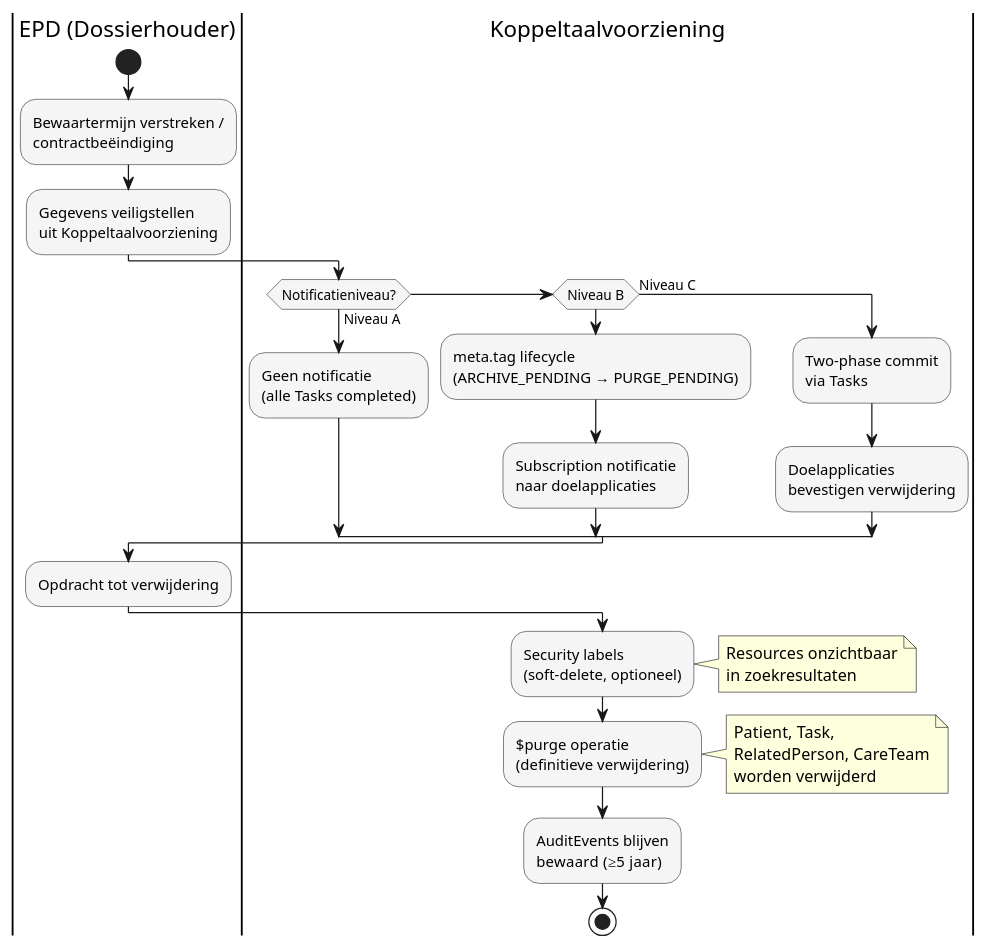
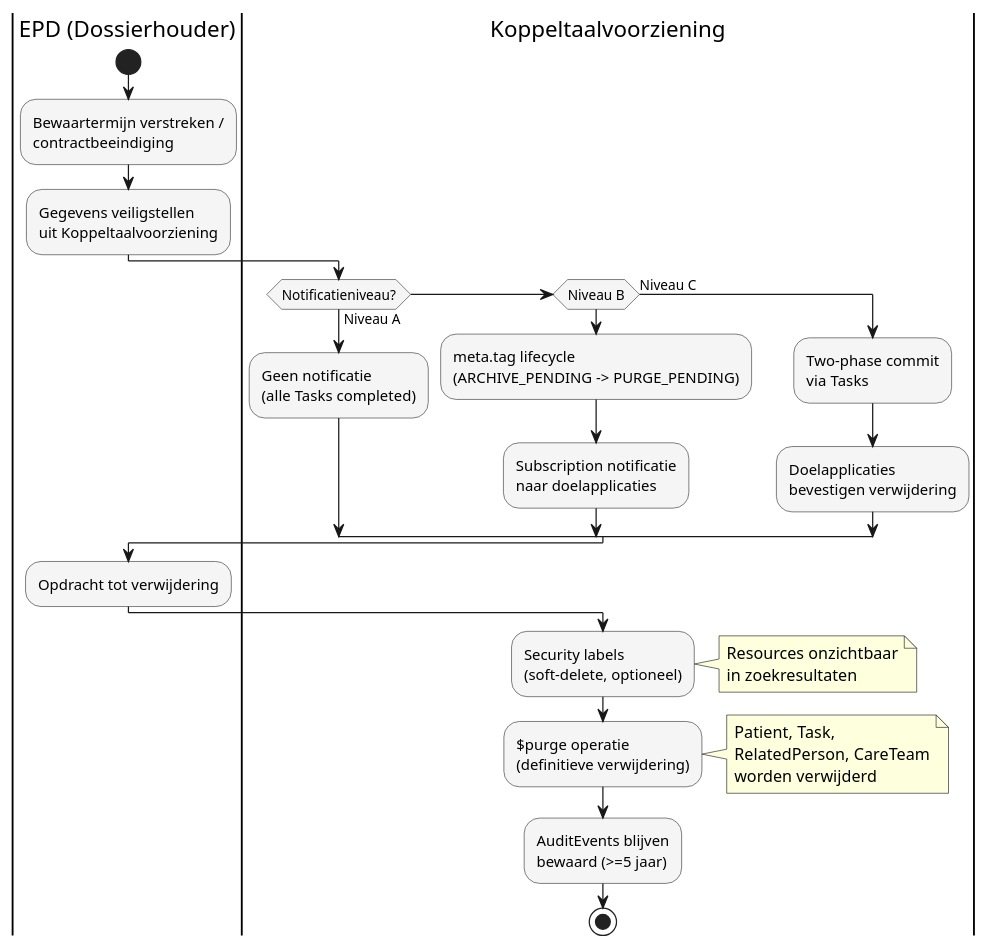
One commit to vzvznl/Koppeltaal-2.0-FHIR changed the diagram in input/images-source/archivering-overzicht.plantuml. Above: the diagram before and after it, drawn with PlantUML. The commit also changed 3 other files, not shown here.

First line of the commit message:
docs: unicode tekens vervangen in PlantUML bestanden

```diff
--- a/input/images-source/archivering-overzicht.plantuml
+++ b/input/images-source/archivering-overzicht.plantuml
@@ -1,47 +1,47 @@
 @startuml archivering-overzicht
 
 skinparam activity {
   BackgroundColor #f5f5f5
   BorderColor #333333
 }
 
 |EPD (Dossierhouder)|
 start
-:Bewaartermijn verstreken /\ncontractbeëindiging;
+:Bewaartermijn verstreken /\ncontractbeeindiging;
 
 |EPD (Dossierhouder)|
 :Gegevens veiligstellen\nuit Koppeltaalvoorziening;
 
 |Koppeltaalvoorziening|
 if (Notificatieniveau?) then (Niveau A)
   :Geen notificatie\n(alle Tasks completed);
 elseif (Niveau B) then
-  :meta.tag lifecycle\n(ARCHIVE_PENDING → PURGE_PENDING);
+  :meta.tag lifecycle\n(ARCHIVE_PENDING -> PURGE_PENDING);
   :Subscription notificatie\nnaar doelapplicaties;
 else (Niveau C)
   :Two-phase commit\nvia Tasks;
   :Doelapplicaties\nbevestigen verwijdering;
 endif
 
 |EPD (Dossierhouder)|
 :Opdracht tot verwijdering;
 
 |Koppeltaalvoorziening|
 :Security labels\n(soft-delete, optioneel);
 note right
   Resources onzichtbaar
   in zoekresultaten
 end note
 
 :$purge operatie\n(definitieve verwijdering);
 note right
   Patient, Task,
   RelatedPerson, CareTeam
   worden verwijderd
 end note
 
-:AuditEvents blijven\nbewaard (≥5 jaar);
+:AuditEvents blijven\nbewaard (>=5 jaar);
 
 stop
 
 @enduml
```
